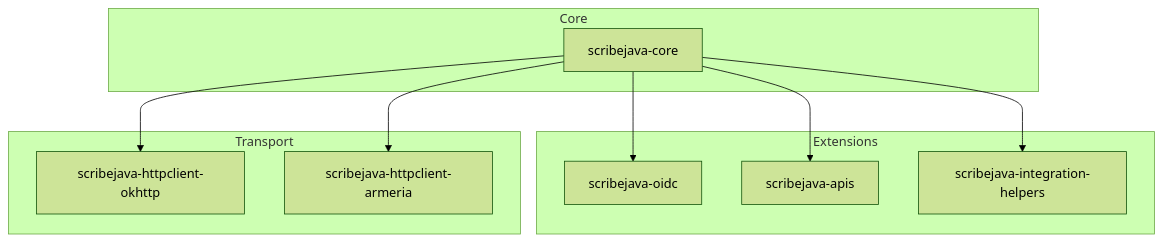
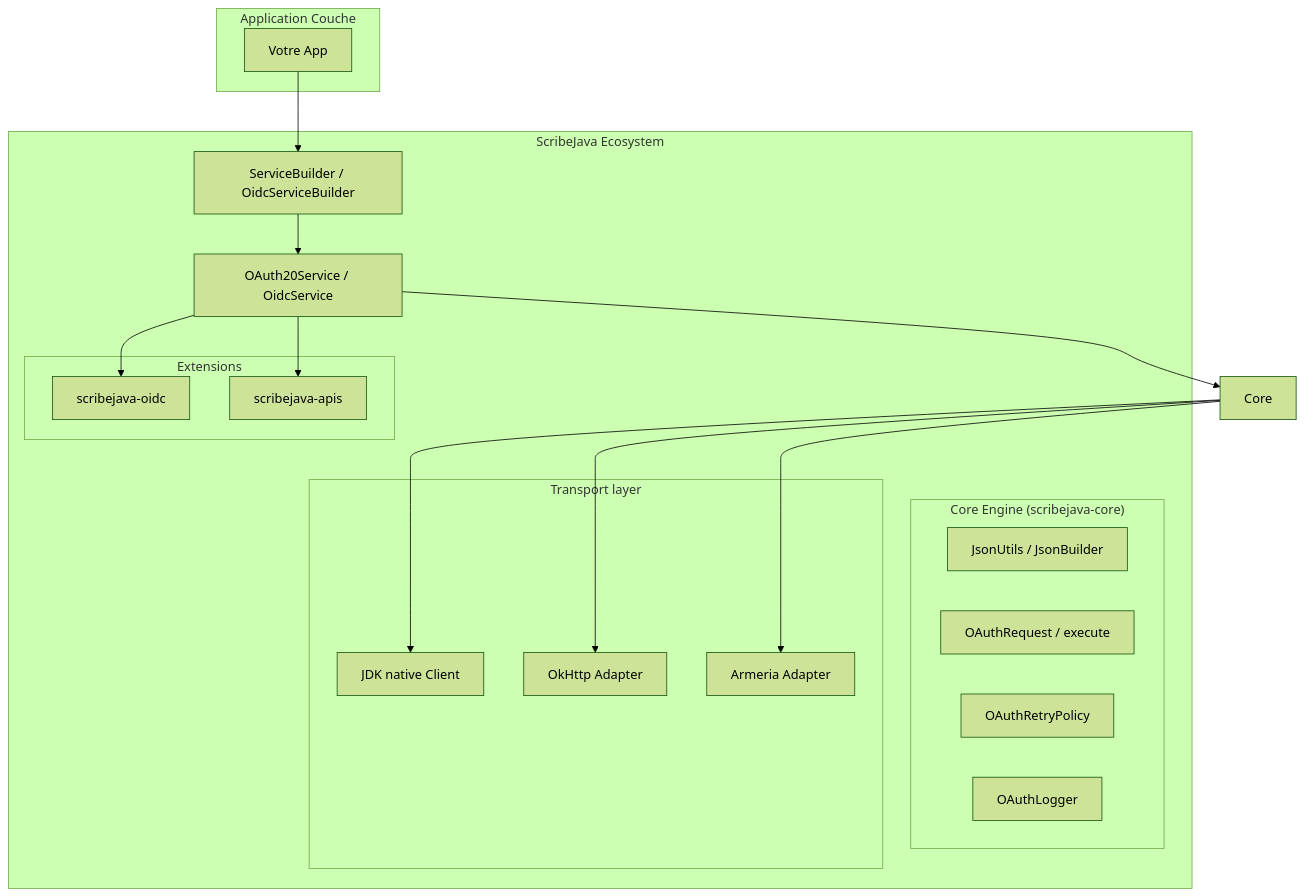
One commit to Q300Z/scribejava changed the diagram in README.md. Above: the diagram before and after it, drawn with Mermaid (forest theme). The commit also changed other lines of this file and 3 other files, not shown here.

````diff
--- a/README.md
+++ b/README.md
@@ -45,15 +15,38 @@
 ```mermaid
 graph TD
-    subgraph Core
-        C[scribejava-core]
+    subgraph "Application Couche"
+        App[Votre App]
     end
-    subgraph Extensions
-        C --> O[scribejava-oidc]
-        C --> A[scribejava-apis]
-        C --> I[scribejava-integration-helpers]
+
+    subgraph "ScribeJava Ecosystem"
+        Builder[ServiceBuilder / OidcServiceBuilder]
+        Service[OAuth20Service / OidcService]
+        
+        subgraph "Core Engine (scribejava-core)"
+            JSON[JsonUtils / JsonBuilder]
+            Request[OAuthRequest / execute]
+            Retry[OAuthRetryPolicy]
+            Logger[OAuthLogger]
+        end
+
+        subgraph "Extensions"
+            OIDC[scribejava-oidc]
+            APIs[scribejava-apis]
+        end
+        
+        subgraph "Transport layer"
+            JDK[JDK native Client]
+            OkHttp[OkHttp Adapter]
+            Armeria[Armeria Adapter]
+        end
     end
-    subgraph Transport
-        C --> H1[scribejava-httpclient-okhttp]
-        C --> H2[scribejava-httpclient-armeria]
-    end
+
+    App --> Builder
+    Builder --> Service
+    Service --> Core
+    Service --> OIDC
+    Service --> APIs
+    Core --> JDK
+    Core --> OkHttp
+    Core --> Armeria
 ```
````
